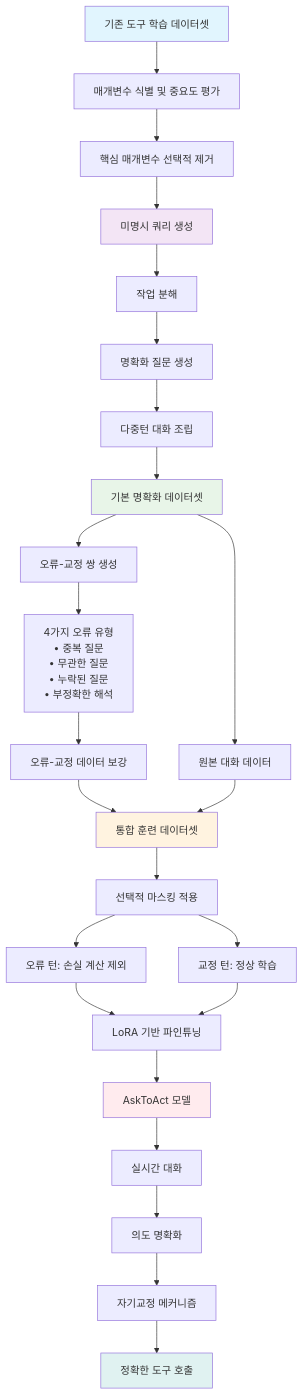
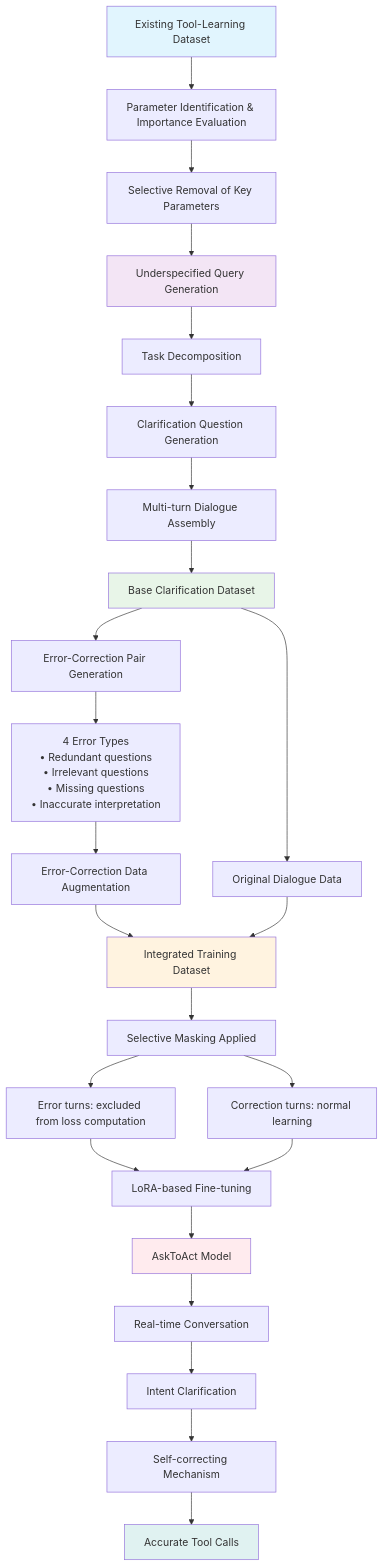
Before and after one commit to ThakiCloud/thakicloud.github.io: the diagram in _posts/en/research/2025-08-21-asktoact-llm-tool-use-self-correcting-clarification.md, drawn with Mermaid. The commit also changed 21 other files, not shown here.

First line of the commit message:
fix(blog): translate mermaid labels to post language (en/ar)

````diff
--- a/_posts/en/research/2025-08-21-asktoact-llm-tool-use-self-correcting-clarification.md
+++ b/_posts/en/research/2025-08-21-asktoact-llm-tool-use-self-correcting-clarification.md
@@ -131,39 +131,39 @@
 ```mermaid
 graph TD
-    A["기존 도구 학습 데이터셋"] --> B["매개변수 식별 및 중요도 평가"]
-    B --> C["핵심 매개변수 선택적 제거"]
-    C --> D["미명시 쿼리 생성"]
+    A["Existing Tool-Learning Dataset"] --> B["Parameter Identification & Importance Evaluation"]
+    B --> C["Selective Removal of Key Parameters"]
+    C --> D["Underspecified Query Generation"]
     
-    D --> E["작업 분해"]
-    E --> F["명확화 질문 생성"]
-    F --> G["다중턴 대화 조립"]
+    D --> E["Task Decomposition"]
+    E --> F["Clarification Question Generation"]
+    F --> G["Multi-turn Dialogue Assembly"]
     
-    G --> H["기본 명확화 데이터셋"]
-    H --> I["오류-교정 쌍 생성"]
-    I --> J["4가지 오류 유형<br/>• 중복 질문<br/>• 무관한 질문<br/>• 누락된 질문<br/>• 부정확한 해석"]
+    G --> H["Base Clarification Dataset"]
+    H --> I["Error-Correction Pair Generation"]
+    I --> J["4 Error Types<br/>• Redundant questions<br/>• Irrelevant questions<br/>• Missing questions<br/>• Inaccurate interpretation"]
     
-    J --> K["오류-교정 데이터 보강"]
-    H --> L["원본 대화 데이터"]
-    K --> M["통합 훈련 데이터셋"]
+    J --> K["Error-Correction Data Augmentation"]
+    H --> L["Original Dialogue Data"]
+    K --> M["Integrated Training Dataset"]
     L --> M
     
-    M --> N["선택적 마스킹 적용"]
-    N --> O["오류 턴: 손실 계산 제외"]
-    N --> P["교정 턴: 정상 학습"]
+    M --> N["Selective Masking Applied"]
+    N --> O["Error turns: excluded from loss computation"]
+    N --> P["Correction turns: normal learning"]
     
-    O --> Q["LoRA 기반 파인튜닝"]
+    O --> Q["LoRA-based Fine-tuning"]
     P --> Q
-    Q --> R["AskToAct 모델"]
+    Q --> R["AskToAct Model"]
     
-    R --> S["실시간 대화"]
-    S --> T["의도 명확화"]
-    T --> U["자기교정 메커니즘"]
-    U --> V["정확한 도구 호출"]
+    R --> S["Real-time Conversation"]
+    S --> T["Intent Clarification"]
+    T --> U["Self-correcting Mechanism"]
+    U --> V["Accurate Tool Calls"]
     
     style A fill:#e1f5fe
     style D fill:#f3e5f5
     style H fill:#e8f5e8
     style M fill:#fff3e0
     style R fill:#ffebee
     style V fill:#e0f2f1
 ```
````
